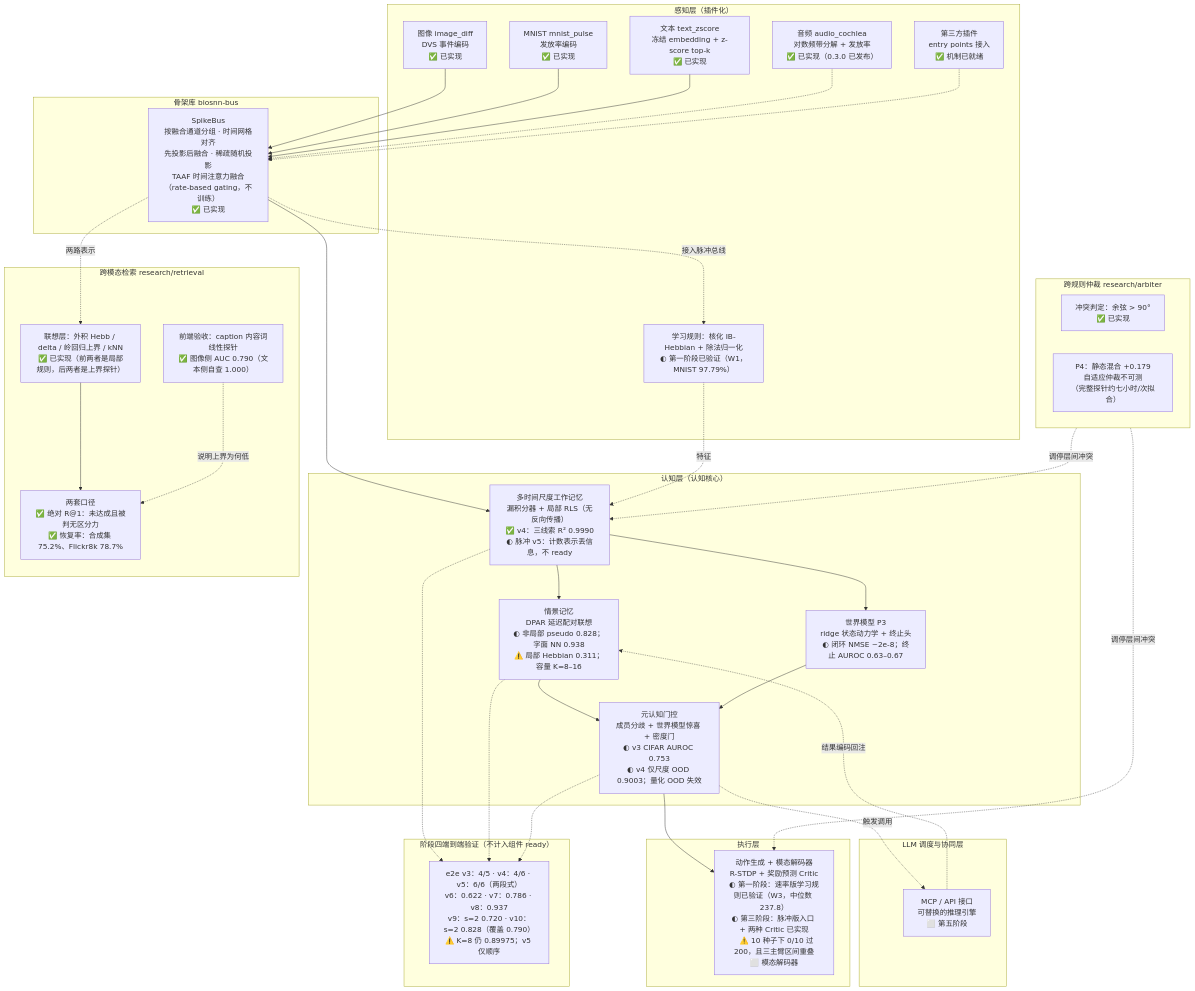
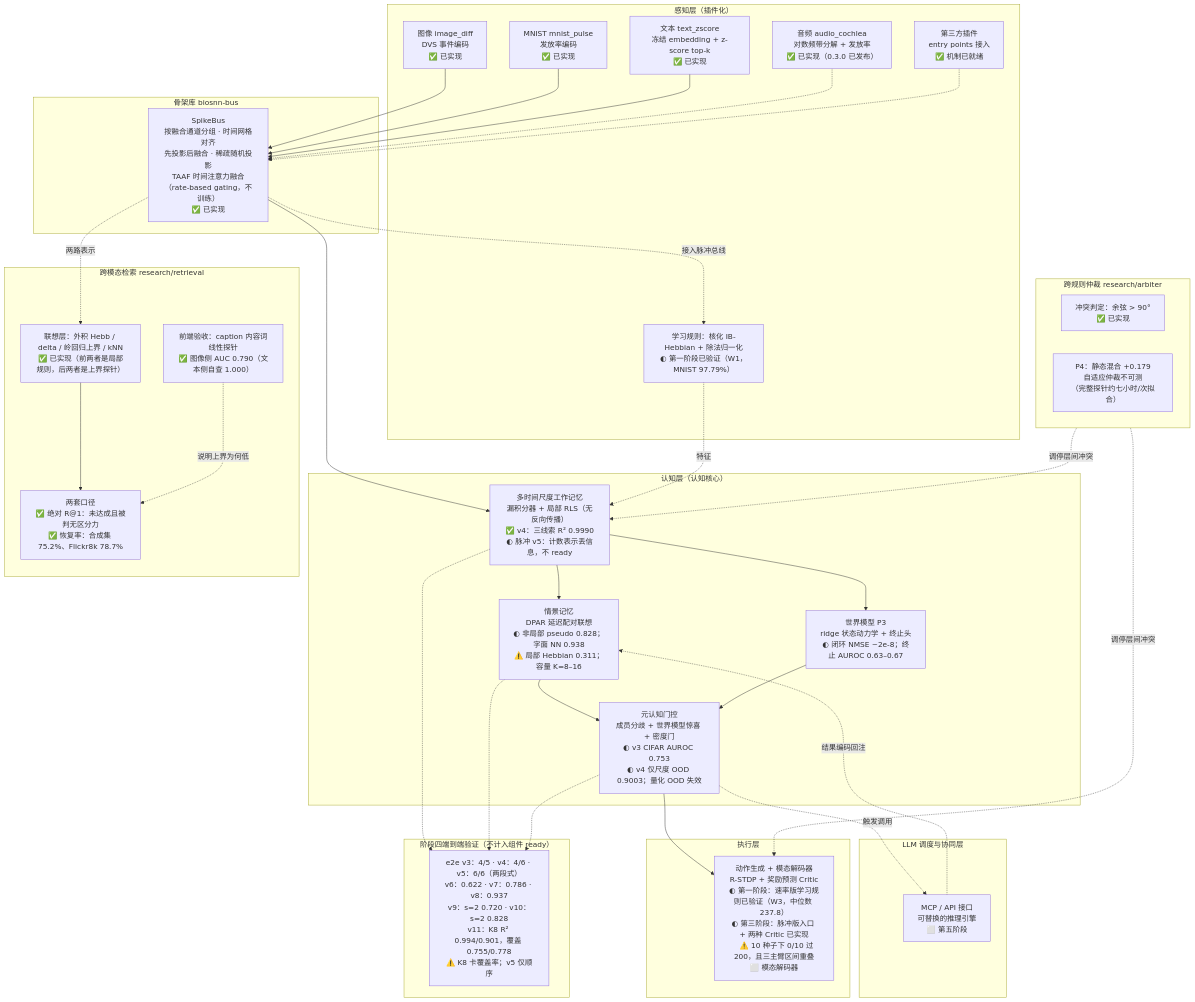
Before and after one commit to lzmd-arch/BioSNN-Plug: the diagram in README.md, drawn with Mermaid. The commit also changed other lines of this file and 9 other files, not shown here.

````diff
--- a/README.md
+++ b/README.md
@@ -126,71 +126,71 @@
 ```mermaid
 flowchart TB
     subgraph L5["LLM 调度与协同层"]
         MCP["MCP / API 接口<br/>可替换的推理引擎<br/>⬜ 第五阶段"]
     end
 
     subgraph L4["执行层"]
         ACT["动作生成 + 模态解码器<br/>R-STDP + 奖励预测 Critic<br/>◐ 第一阶段：速率版学习规则已验证（W3，中位数 237.8）<br/>◐ 第三阶段：脉冲版入口 + 两种 Critic 已实现<br/>&nbsp;&nbsp;&nbsp;⚠️ 10 种子下 0/10 过 200，且三主臂区间重叠<br/>⬜ 模态解码器"]
     end
 
     subgraph L3["认知层（认知核心）"]
         WM["多时间尺度工作记忆<br/>漏积分器 + 局部 RLS（无反向传播）<br/>✅ v4：三线索 R² 0.9990<br/>◐ 脉冲 v5：计数表示丢信息，不 ready"]
         EM["情景记忆<br/>DPAR 延迟配对联想<br/>◐ 非局部 pseudo 0.828；字面 NN 0.938<br/>⚠️ 局部 Hebbian 0.311；容量 K=8–16"]
         MG["元认知门控<br/>成员分歧 + 世界模型惊喜 + 密度门<br/>◐ v3 CIFAR AUROC 0.753<br/>◐ v4 仅尺度 OOD 0.9003；量化 OOD 失效"]
         WMODEL["世界模型 P3<br/>ridge 状态动力学 + 终止头<br/>◐ 闭环 NMSE ~2e-8；终止 AUROC 0.63–0.67"]
     end
 
     subgraph ARB["跨规则仲裁 research/arbiter"]
         CF["冲突判定：余弦 > 90°<br/>✅ 已实现"]
         ES["P4：静态混合 +0.179<br/>自适应仲裁不可测<br/>（完整探针约七小时/次拟合）"]
     end
 
     subgraph L2["骨架库 biosnn-bus"]
         BUS["SpikeBus<br/>按融合通道分组 · 时间网格对齐<br/>先投影后融合 · 稀疏随机投影<br/>TAAF 时间注意力融合（rate-based gating，不训练）<br/>✅ 已实现"]
     end
 
     subgraph L1["感知层（插件化）"]
         IMG["图像 image_diff<br/>DVS 事件编码<br/>✅ 已实现"]
         MN["MNIST mnist_pulse<br/>发放率编码<br/>✅ 已实现"]
         TXT["文本 text_zscore<br/>冻结 embedding + z-score top-k<br/>✅ 已实现"]
         AUD["音频 audio_cochlea<br/>对数频带分解 + 发放率<br/>✅ 已实现（0.3.0 已发布）"]
         THIRD["第三方插件<br/>entry points 接入<br/>✅ 机制已就绪"]
         HEB["学习规则：核化 IB-Hebbian + 除法归一化<br/>◐ 第一阶段已验证（W1，MNIST 97.79%）"]
     end
 
     IMG --> BUS
     MN --> BUS
     TXT --> BUS
     AUD -.-> BUS
     THIRD -.-> BUS
 
     BUS --> WM
     BUS -.->|接入脉冲总线| HEB
     HEB -.->|特征| WM
     WM --> EM
     WM --> WMODEL
     EM --> MG
     WMODEL --> MG
     MG --> ACT
     MG -.->|触发调用| MCP
     MCP -.->|结果编码回注| EM
     ARB -.->|调停层间冲突| WM
     ARB -.->|调停层间冲突| ACT
 
     subgraph W4["跨模态检索 research/retrieval"]
         FAC["联想层：外积 Hebb / delta / 岭回归上界 / kNN<br/>✅ 已实现（前两者是局部规则，后两者是上界探针）"]
         CRIT["两套口径<br/>✅ 绝对 R@1：未达成且被判无区分力<br/>✅ 恢复率：合成集 75.2%、Flickr8k 78.7%"]
         FE["前端验收：caption 内容词线性探针<br/>✅ 图像侧 AUC 0.790（文本侧自查 1.000）"]
     end
 
     BUS -.->|两路表示| FAC
     FAC --> CRIT
     FE -.->|说明上界为何低| CRIT
 
     subgraph S4["阶段四端到端验证（不计入组件 ready）"]
-        E2E["e2e v3：4/5 · v4：4/6 · v5：6/6（两段式）<br/>v6：0.622 · v7：0.786 · v8：0.937<br/>v9：s=2 0.720 · v10：s=2 0.828（覆盖 0.790）<br/>⚠️ K=8 仍 0.89975；v5 仅顺序"]
+        E2E["e2e v3：4/5 · v4：4/6 · v5：6/6（两段式）<br/>v6：0.622 · v7：0.786 · v8：0.937<br/>v9：s=2 0.720 · v10：s=2 0.828<br/>v11：K8 R² 0.994/0.901，覆盖 0.755/0.778<br/>⚠️ K8 卡覆盖率；v5 仅顺序"]
     end
     WM -.-> E2E
     EM -.-> E2E
     MG -.-> E2E
 ```
````
